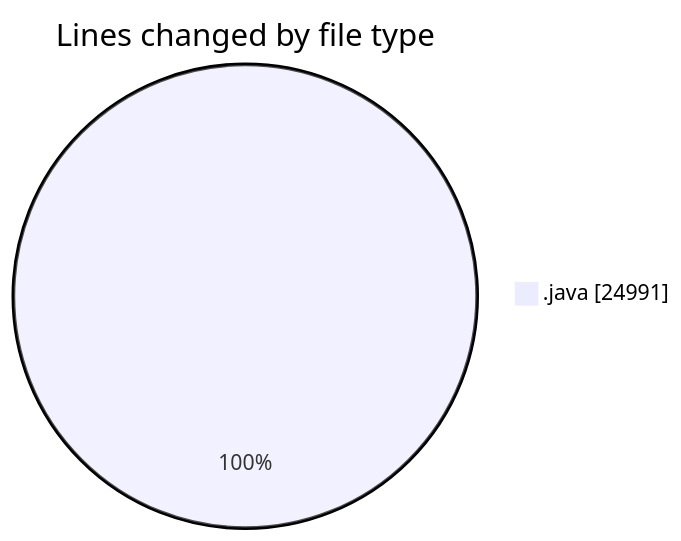
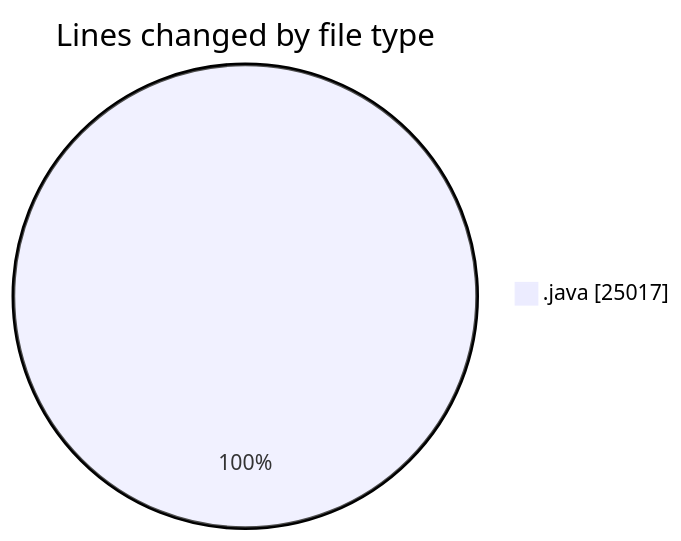
Before and after one commit to ricardozamudiocil/code-tracking: the first of 2 diagrams in 2026-05-19/cilapp/README.md, drawn with Mermaid. The commit also changed other lines of this file and 1 other file, not shown here.

````diff
--- a/2026-05-19/cilapp/README.md
+++ b/2026-05-19/cilapp/README.md
@@ -23,5 +23,5 @@
 ```mermaid
 pie showData
 title Lines changed by file type
-".java" : 24991
+".java" : 25017
 ```
````
